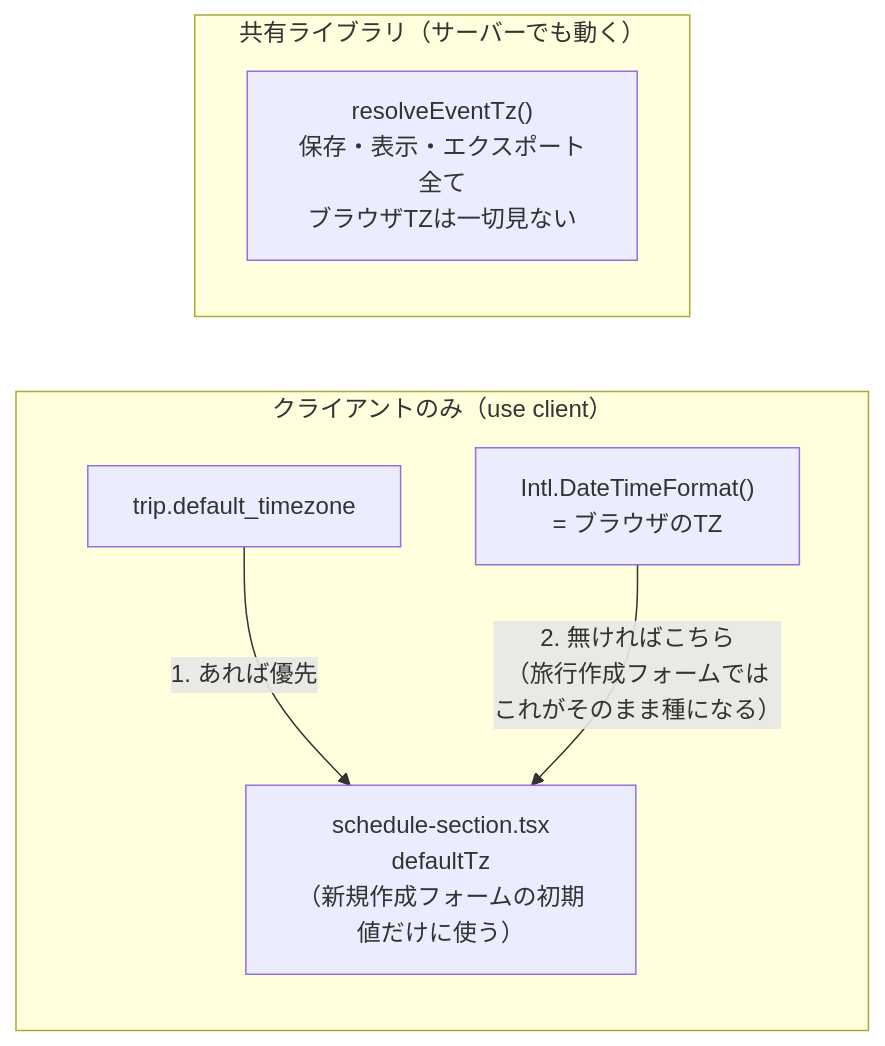
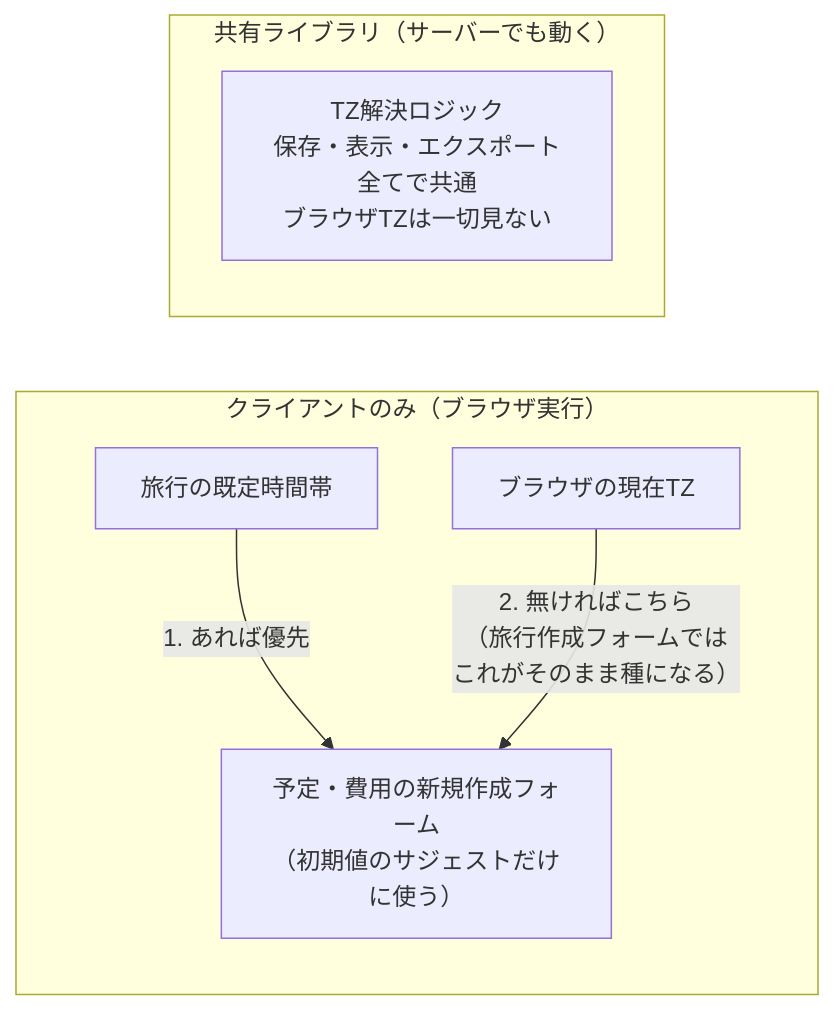
Before and after one commit to shidetake/triplot: the fifth of 5 diagrams in docs/design/timezone.md, drawn with Mermaid. The commit also changed other lines of this file, not shown here.

First line of the commit message:
timezone.md: 図に残っていた内部識別子と更新漏れを修正

````diff
--- a/docs/design/timezone.md
+++ b/docs/design/timezone.md
@@ -104,14 +104,14 @@
 ```mermaid
 flowchart LR
-    subgraph G3["クライアントのみ（use client）"]
-        DTZ["trip.default_timezone"]
-        BR["Intl.DateTimeFormat()<br/>= ブラウザのTZ"]
-        SS["schedule-section.tsx<br/>defaultTz<br/>（新規作成フォームの初期値だけに使う）"]
+    subgraph G3["クライアントのみ（ブラウザ実行）"]
+        DTZ["旅行の既定時間帯"]
+        BR["ブラウザの現在TZ"]
+        SS["予定・費用の新規作成フォーム<br/>（初期値のサジェストだけに使う）"]
     end
     subgraph G4["共有ライブラリ（サーバーでも動く）"]
-        RE["resolveEventTz()<br/>保存・表示・エクスポート全て<br/>ブラウザTZは一切見ない"]
+        RE["TZ解決ロジック<br/>保存・表示・エクスポート全てで共通<br/>ブラウザTZは一切見ない"]
     end
 
     DTZ -->|"1. あれば優先"| SS
     BR -->|"2. 無ければこちら<br/>（旅行作成フォームでは<br/>これがそのまま種になる）"| SS
 ```
````
